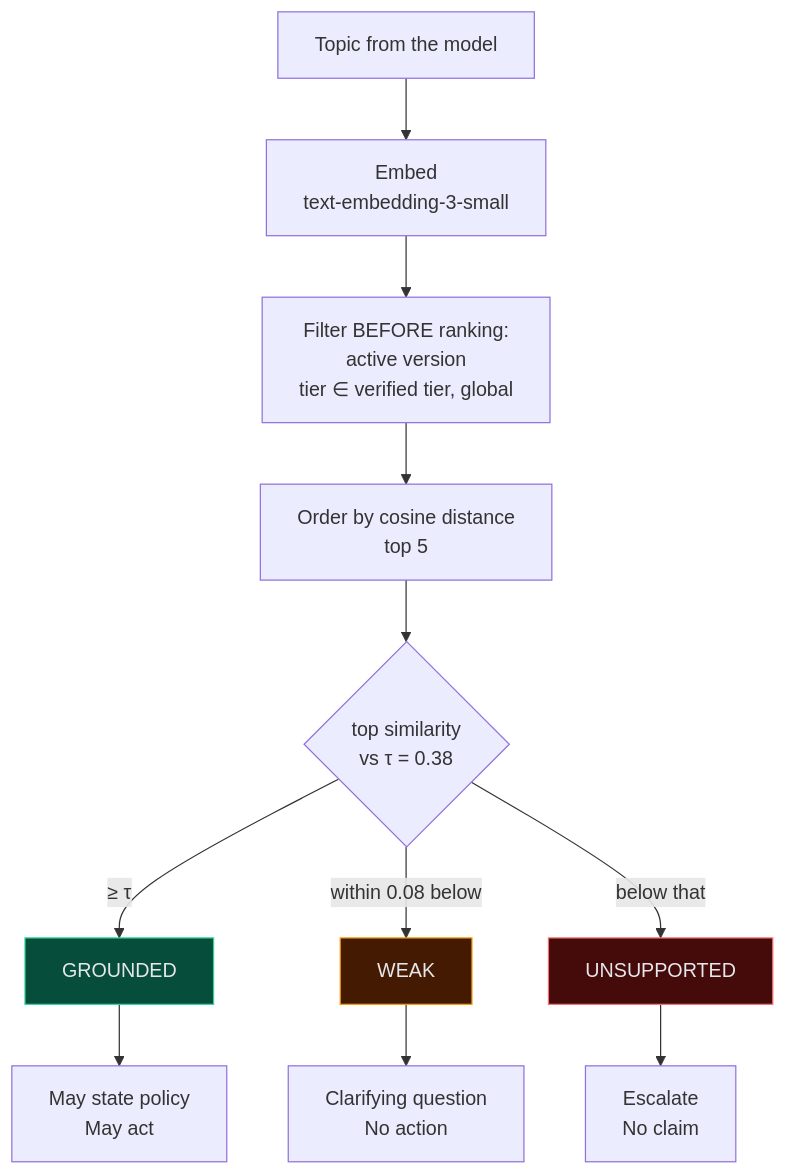
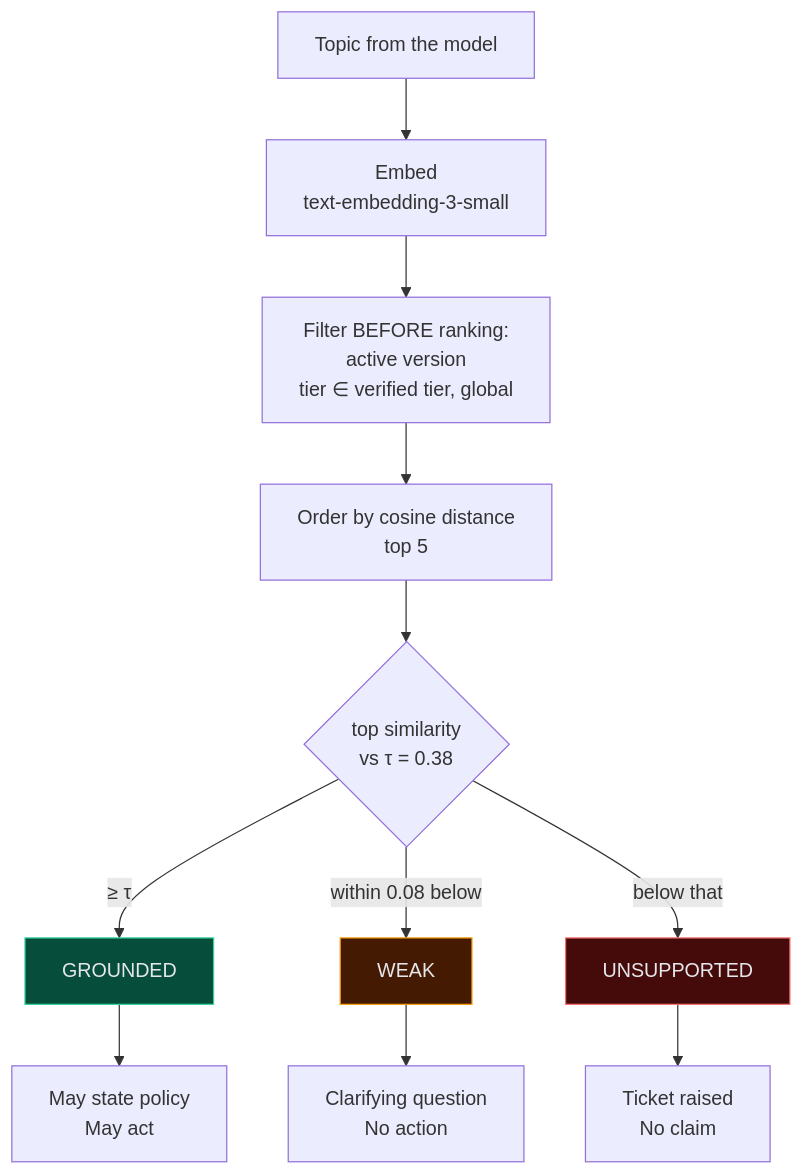
The fourth of 7 diagrams in docs/ARCHITECTURE.md (hmunjuluri05/customer-support-agent), drawn with Mermaid before and after one commit. The commit also changed other lines of this file, not shown here.

First line of the commit message:
docs: record that an unsupported request always raises a ticket

````diff
--- a/docs/ARCHITECTURE.md
+++ b/docs/ARCHITECTURE.md
@@ -143,17 +143,17 @@
 ```mermaid
 flowchart TD
     q["Topic from the model"] --> e["Embed<br/>text-embedding-3-small"]
     e --> f["Filter BEFORE ranking:<br/>active version<br/>tier ∈ verified tier, global"]
     f --> k["Order by cosine distance<br/>top 5"]
     k --> d{"top similarity<br/>vs τ = 0.38"}
     d -->|"≥ τ"| g["GROUNDED"]
     d -->|"within 0.08 below"| w["WEAK"]
     d -->|"below that"| u["UNSUPPORTED"]
     g --> act["May state policy<br/>May act"]
     w --> clar["Clarifying question<br/>No action"]
-    u --> esc["Escalate<br/>No claim"]
+    u --> esc["Ticket raised<br/>No claim"]
 
     style g fill:#064e3b,stroke:#34d399,color:#e5e7eb
     style w fill:#451a03,stroke:#f59e0b,color:#e5e7eb
     style u fill:#450a0a,stroke:#f87171,color:#e5e7eb
 ```
````
